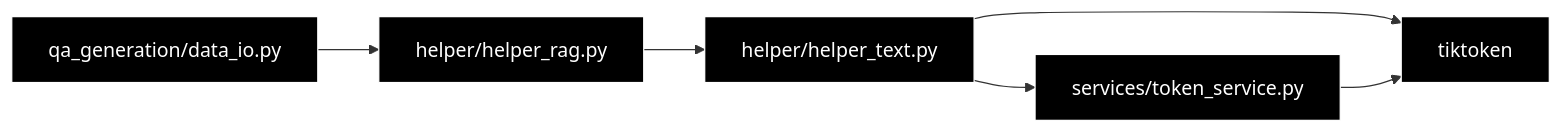
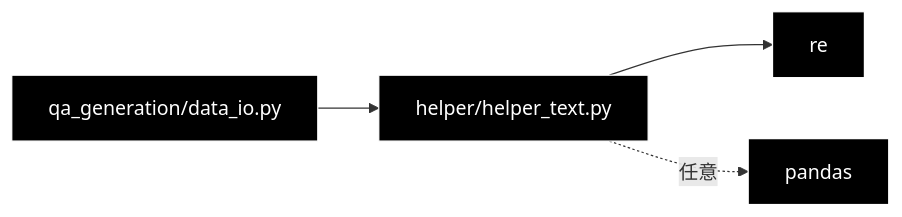
One commit to nakashima2toshio/grace_v2_local changed the third of 3 diagrams in helper/docs/helper_text.md. Above: the diagram before and after it, drawn with Mermaid. The commit also changed other lines of this file and 41 other files, not shown here.

````diff
--- a/helper/docs/helper_text.md
+++ b/helper/docs/helper_text.md
@@ -748,11 +211,9 @@
 ```mermaid
 flowchart LR
-    DIO["qa_generation/data_io.py"] --> RAG["helper/helper_rag.py"]
-    RAG --> HT["helper/helper_text.py"]
-    HT --> TS["services/token_service.py"]
-    HT --> TIK["tiktoken"]
-    TS --> TIK
+    DIO["qa_generation/data_io.py"] --> HT["helper/helper_text.py"]
+    HT --> RE["re"]
+    HT -.->|"任意"| PD["pandas"]
 classDef default fill:#000,stroke:#fff,color:#fff
 classDef subgraphStyle fill:#1a1a1a,stroke:#fff,color:#fff
-class DIO,RAG,HT,TS,TIK default
+class DIO,HT,RE,PD default
 ```
````
